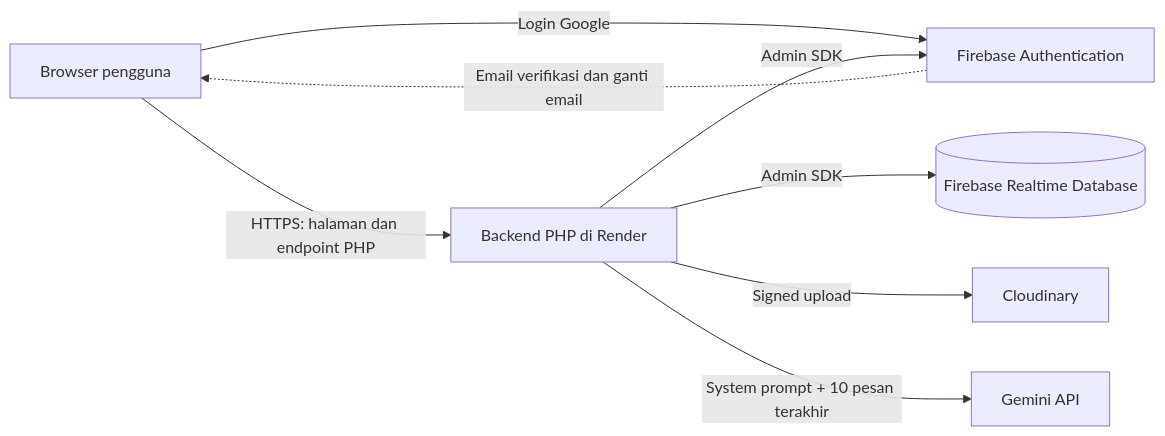
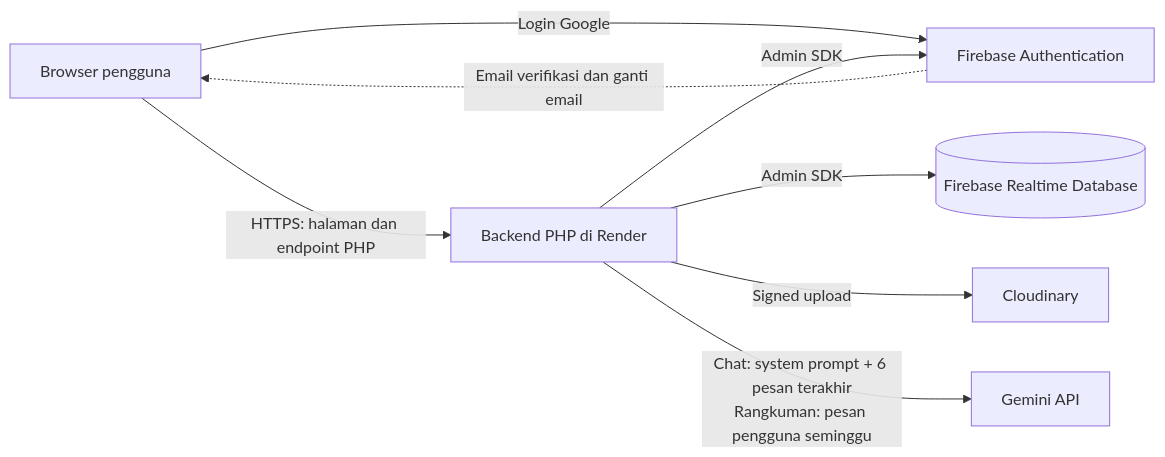
Before and after one commit to dessicahartono/Senara-Project: the diagram in README.md, drawn with Mermaid. The commit also changed other lines of this file and 11 other files, not shown here.

Commit message:
feat(dashboard): tambah rangkuman mingguan chat dengan Nomi

````diff
--- a/README.md
+++ b/README.md
@@ -100,10 +102,10 @@
 ```mermaid
 flowchart LR
     U[Browser pengguna] -->|HTTPS: halaman dan endpoint PHP| B[Backend PHP di Render]
     U -->|Login Google| A[Firebase Authentication]
     B -->|Admin SDK| A
     B -->|Admin SDK| D[(Firebase Realtime Database)]
     B -->|Signed upload| C[Cloudinary]
-    B -->|System prompt + 10 pesan terakhir| G[Gemini API]
+    B -->|Chat: system prompt + 6 pesan terakhir<br>Rangkuman: pesan pengguna seminggu| G[Gemini API]
     A -.->|Email verifikasi dan ganti email| U
 ```
````
